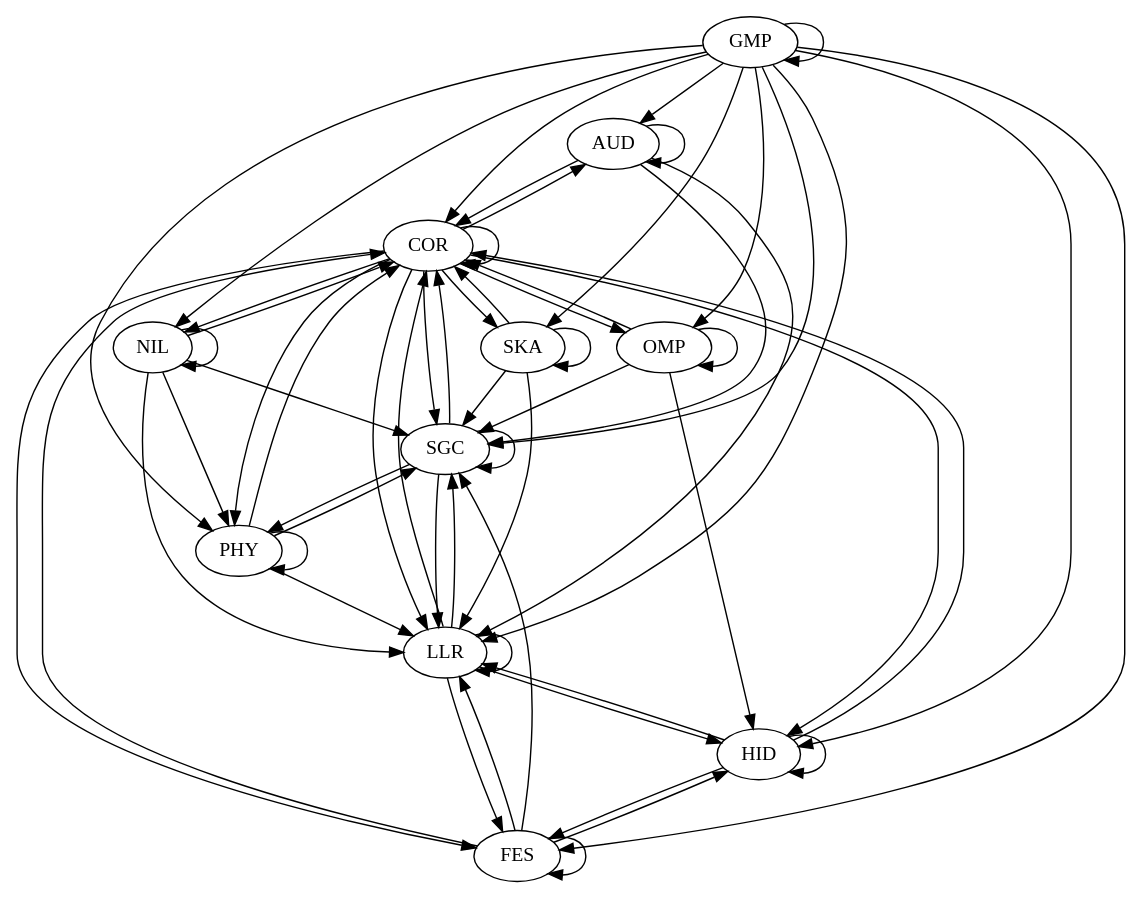
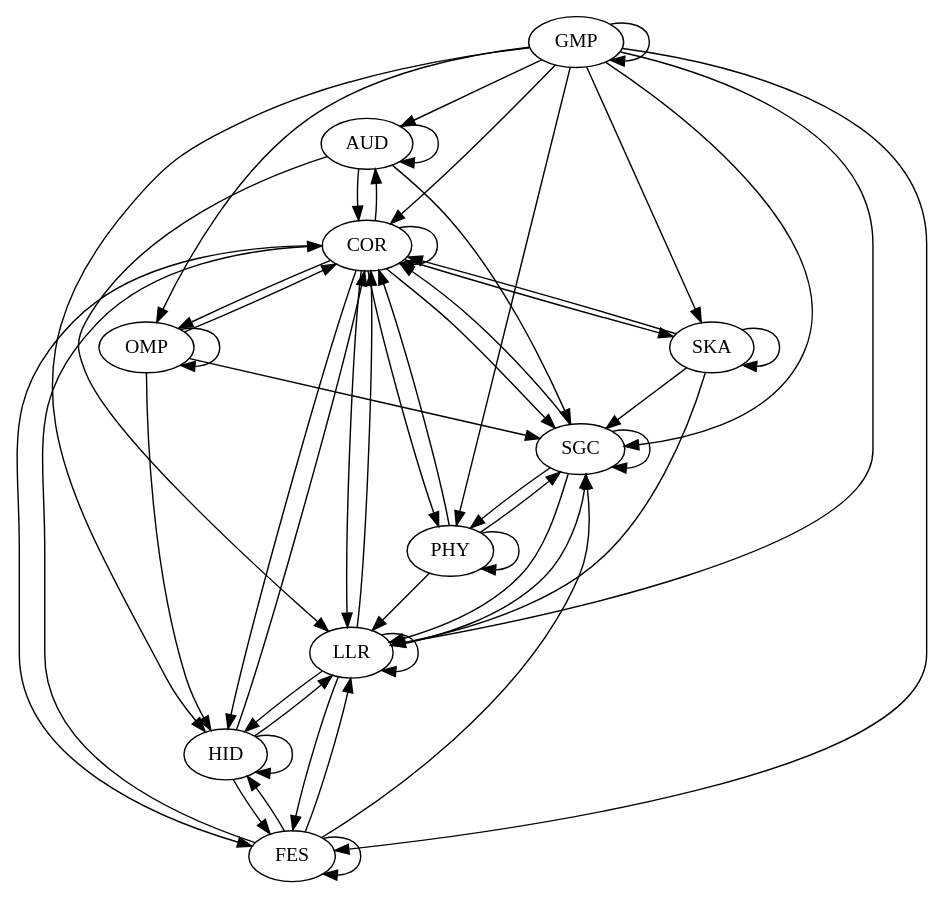
The diagram in 6_architectural_map_gen/outputs/urho3d.dot (gamedev-studies/game-engine-analyser), drawn with Graphviz before and after one commit. The commit also changed 10 other files, not shown here.

```diff
--- a/6_architectural_map_gen/outputs/urho3d.dot
+++ b/6_architectural_map_gen/outputs/urho3d.dot
@@ -1,62 +1,55 @@
 digraph "source tree" {
 	"AUD" -> "AUD"
 	"AUD" -> "COR"
 	"AUD" -> "LLR"
 	"AUD" -> "SGC"
 	"COR" -> "AUD"
 	"COR" -> "COR"
 	"COR" -> "FES"
 	"COR" -> "HID"
 	"COR" -> "LLR"
-	"COR" -> "NIL"
 	"COR" -> "OMP"
 	"COR" -> "PHY"
 	"COR" -> "SGC"
 	"COR" -> "SKA"
 	"FES" -> "COR"
 	"FES" -> "FES"
 	"FES" -> "HID"
 	"FES" -> "LLR"
 	"FES" -> "SGC"
 	"GMP" -> "AUD"
 	"GMP" -> "COR"
 	"GMP" -> "FES"
 	"GMP" -> "GMP"
 	"GMP" -> "HID"
 	"GMP" -> "LLR"
-	"GMP" -> "NIL"
 	"GMP" -> "OMP"
 	"GMP" -> "PHY"
 	"GMP" -> "SGC"
 	"GMP" -> "SKA"
 	"HID" -> "COR"
 	"HID" -> "FES"
 	"HID" -> "HID"
 	"HID" -> "LLR"
 	"LLR" -> "COR"
 	"LLR" -> "FES"
 	"LLR" -> "HID"
 	"LLR" -> "LLR"
 	"LLR" -> "SGC"
-	"NIL" -> "COR"
-	"NIL" -> "LLR"
-	"NIL" -> "NIL"
-	"NIL" -> "PHY"
-	"NIL" -> "SGC"
 	"OMP" -> "COR"
 	"OMP" -> "HID"
 	"OMP" -> "OMP"
 	"OMP" -> "SGC"
 	"PHY" -> "COR"
 	"PHY" -> "LLR"
 	"PHY" -> "PHY"
 	"PHY" -> "SGC"
 	"SGC" -> "COR"
 	"SGC" -> "LLR"
 	"SGC" -> "PHY"
 	"SGC" -> "SGC"
 	"SKA" -> "COR"
 	"SKA" -> "LLR"
 	"SKA" -> "SGC"
 	"SKA" -> "SKA"
 }
```
